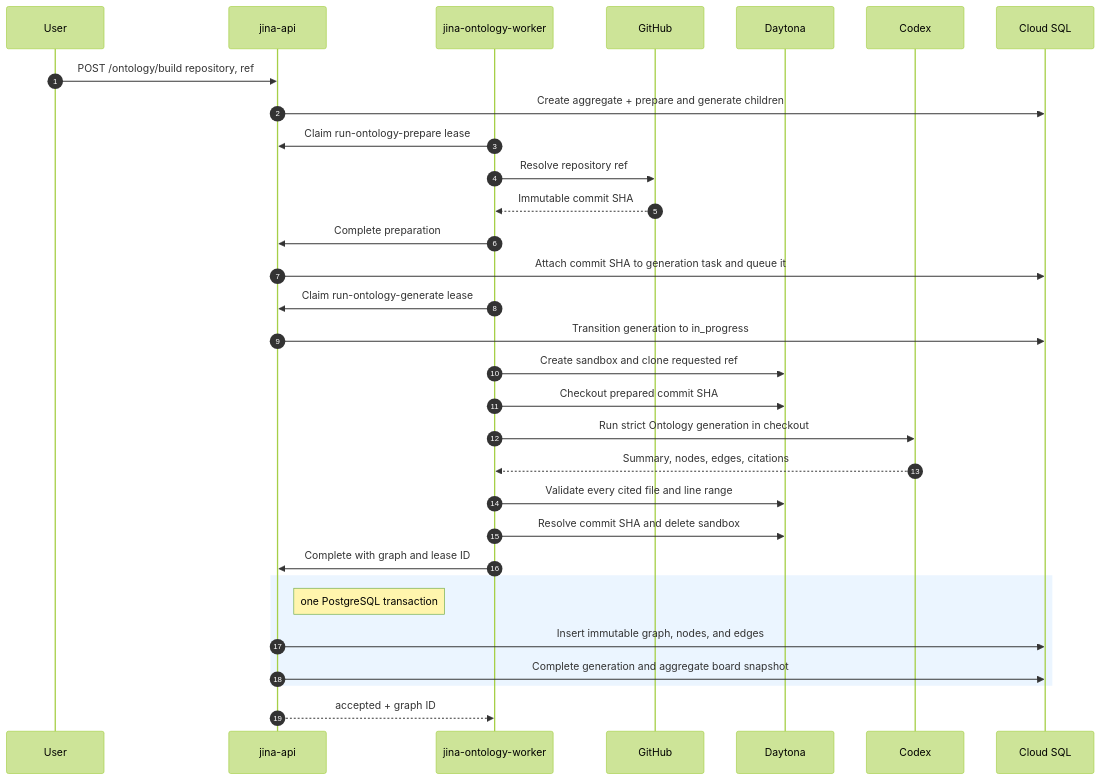
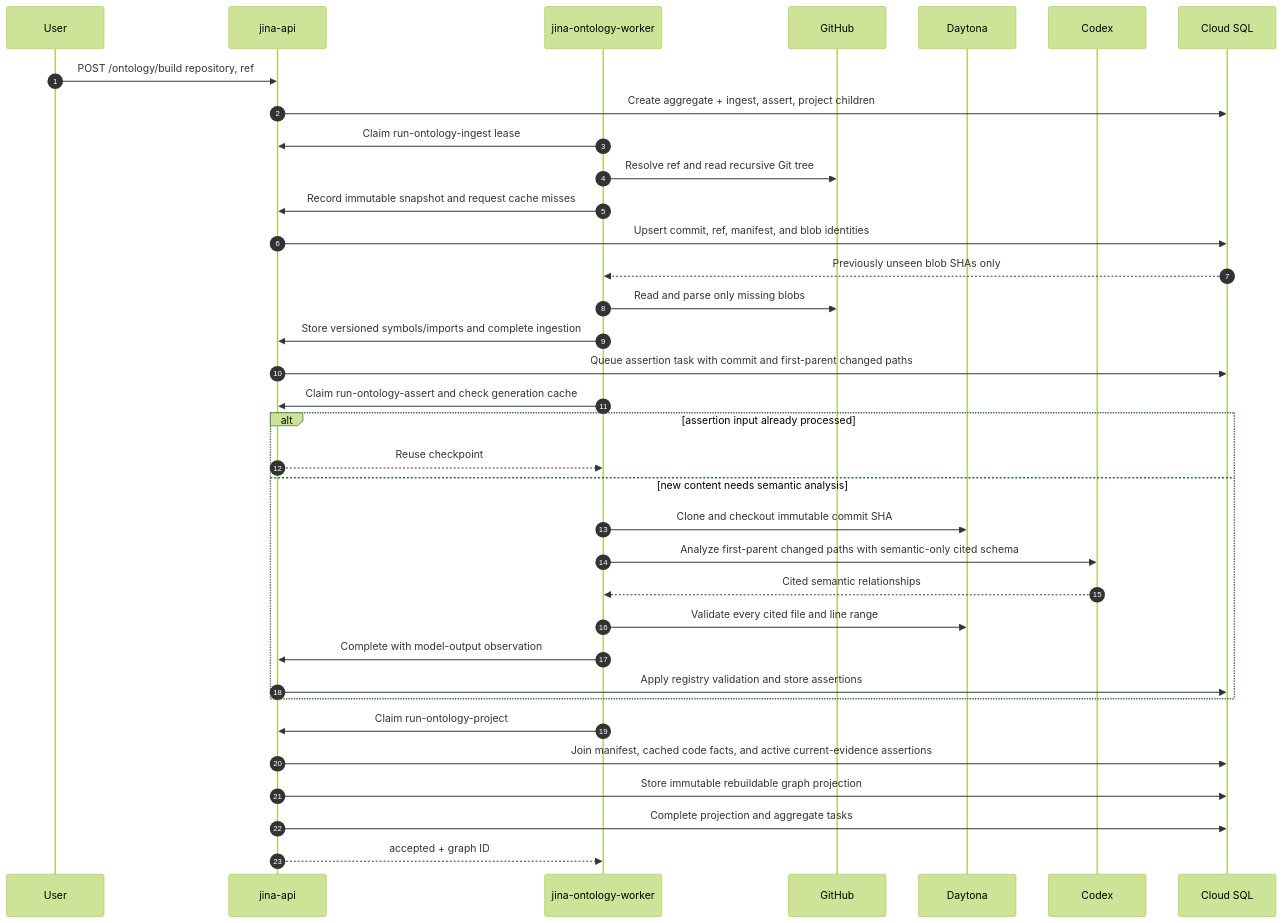
The third of 5 diagrams in docs/SEQUENCE_DIAGRAM.md (keon/jina-context-wiki-e2e-20260808), drawn with Mermaid (forest theme) before and after one commit. The commit also changed other lines of this file and 22 other files, not shown here.

````diff
--- a/docs/SEQUENCE_DIAGRAM.md
+++ b/docs/SEQUENCE_DIAGRAM.md
@@ -74,34 +74,38 @@
 ```mermaid
 sequenceDiagram
     autonumber
     participant User
     participant API as jina-api
     participant Worker as jina-ontology-worker
     participant GitHub
     participant Daytona
     participant Codex
     participant DB as Cloud SQL
 
     User->>API: POST /ontology/build repository, ref
-    API->>DB: Create aggregate + prepare and generate children
-    Worker->>API: Claim run-ontology-prepare lease
-    Worker->>GitHub: Resolve repository ref
-    GitHub-->>Worker: Immutable commit SHA
-    Worker->>API: Complete preparation
-    API->>DB: Attach commit SHA to generation task and queue it
-    Worker->>API: Claim run-ontology-generate lease
-    API->>DB: Transition generation to in_progress
-    Worker->>Daytona: Create sandbox and clone requested ref
-    Worker->>Daytona: Checkout prepared commit SHA
-    Worker->>Codex: Run strict Ontology generation in checkout
-    Codex-->>Worker: Summary, nodes, edges, citations
-    Worker->>Daytona: Validate every cited file and line range
-    Worker->>Daytona: Resolve commit SHA and delete sandbox
-    Worker->>API: Complete with graph and lease ID
-    rect rgb(235,245,255)
-        note right of API: one PostgreSQL transaction
-        API->>DB: Insert immutable graph, nodes, and edges
-        API->>DB: Complete generation and aggregate board snapshot
+    API->>DB: Create aggregate + ingest, assert, project children
+    Worker->>API: Claim run-ontology-ingest lease
+    Worker->>GitHub: Resolve ref and read recursive Git tree
+    Worker->>API: Record immutable snapshot and request cache misses
+    API->>DB: Upsert commit, ref, manifest, and blob identities
+    DB-->>Worker: Previously unseen blob SHAs only
+    Worker->>GitHub: Read and parse only missing blobs
+    Worker->>API: Store versioned symbols/imports and complete ingestion
+    API->>DB: Queue assertion task with commit and first-parent changed paths
+    Worker->>API: Claim run-ontology-assert and check generation cache
+    alt assertion input already processed
+        API-->>Worker: Reuse checkpoint
+    else new content needs semantic analysis
+        Worker->>Daytona: Clone and checkout immutable commit SHA
+        Worker->>Codex: Analyze first-parent changed paths with semantic-only cited schema
+        Codex-->>Worker: Cited semantic relationships
+        Worker->>Daytona: Validate every cited file and line range
+        Worker->>API: Complete with model-output observation
+        API->>DB: Apply registry validation and store assertions
     end
+    Worker->>API: Claim run-ontology-project
+    API->>DB: Join manifest, cached code facts, and active current-evidence assertions
+    API->>DB: Store immutable rebuildable graph projection
+    API->>DB: Complete projection and aggregate tasks
     API-->>Worker: accepted + graph ID
 ```
````
